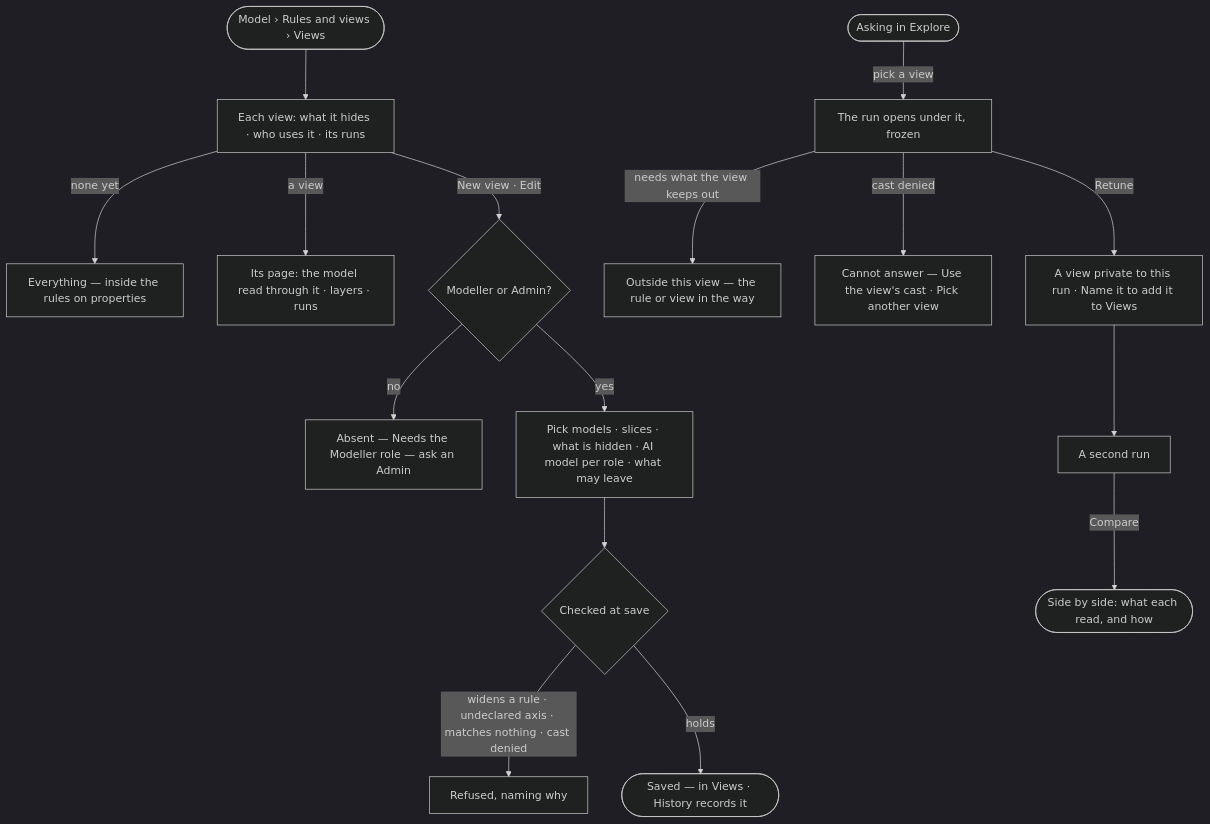
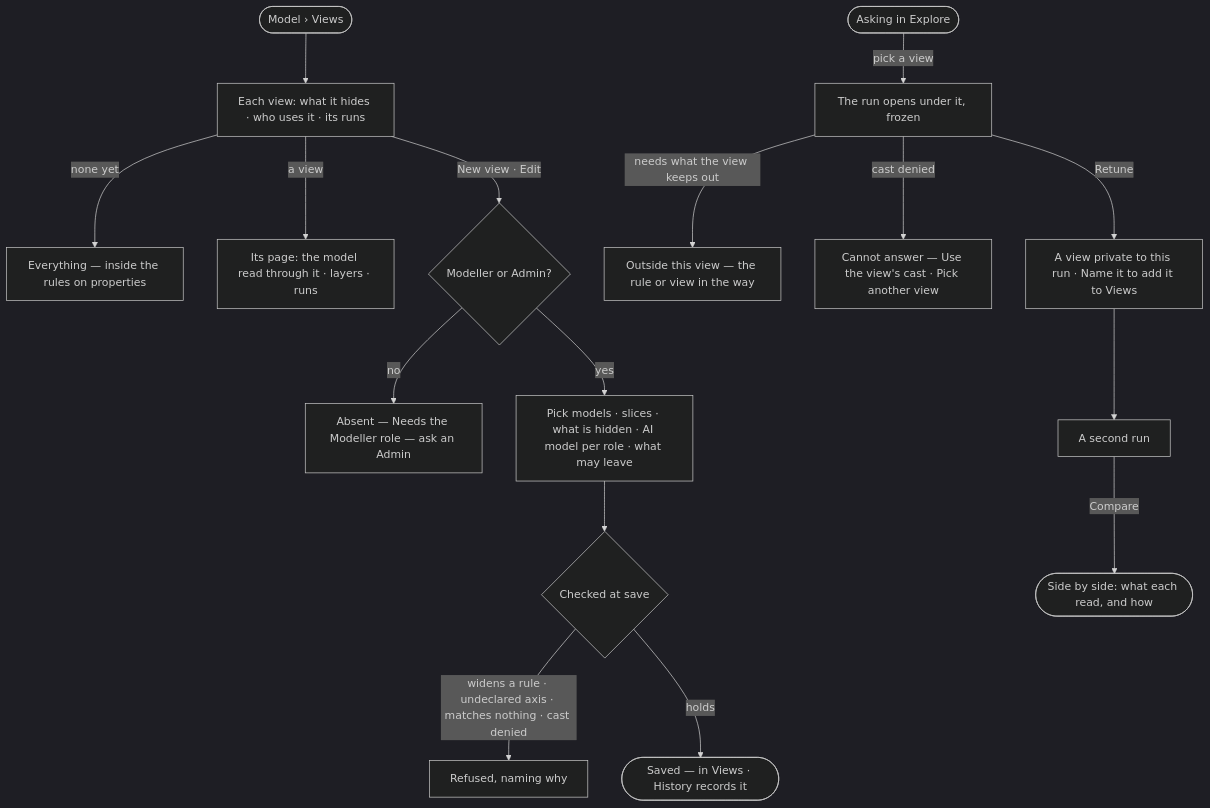
One commit to invana/invana changed the diagram in specs/capabilities/semantics/features/SE-F09-views-of-the-graph/stories/SE-10-pick-a-view-and-compare-two-runs/story.md. Above: the diagram before and after it, drawn with Mermaid (dark theme). The commit also changed other lines of this file and 54 other files, not shown here.

First line of the commit message:
docs(specs): many graph databases by access, links within one database, Model views restored

````diff
--- a/specs/capabilities/semantics/features/SE-F09-views-of-the-graph/stories/SE-10-pick-a-view-and-compare-two-runs/story.md
+++ b/specs/capabilities/semantics/features/SE-F09-views-of-the-graph/stories/SE-10-pick-a-view-and-compare-two-runs/story.md
@@ -30,18 +30,18 @@
 ```mermaid
 flowchart TD
-  a([Model › Rules and views › Views]) --> l["Each view: what it hides · who uses it · its runs"]
+  a([Model › Views]) --> l["Each view: what it hides · who uses it · its runs"]
   l -->|none yet| e["Everything — inside the rules on properties"]
   l -->|a view| pg["Its page: the model read through it · layers · runs"]
   l -->|New view · Edit| r{Modeller or Admin?}
   r -->|no| na["Absent — Needs the Modeller role — ask an Admin"]
   r -->|yes| ed["Pick models · slices · what is hidden · AI model per role · what may leave"]
   ed --> v{Checked at save}
   v -->|widens a rule · undeclared axis · matches nothing · cast denied| rf["Refused, naming why"]
   v -->|holds| s(["Saved — in Views · History records it"])
   q([Asking in Explore]) -->|pick a view| run["The run opens under it, frozen"]
   run -->|needs what the view keeps out| out["Outside this view — the rule or view in the way"]
   run -->|cast denied| cr["Cannot answer — Use the view's cast · Pick another view"]
   run -->|Retune| rt["A view private to this run · Name it to add it to Views"]
   rt --> run2["A second run"]
   run2 -->|Compare| c(["Side by side: what each read, and how"])
 ```
````
